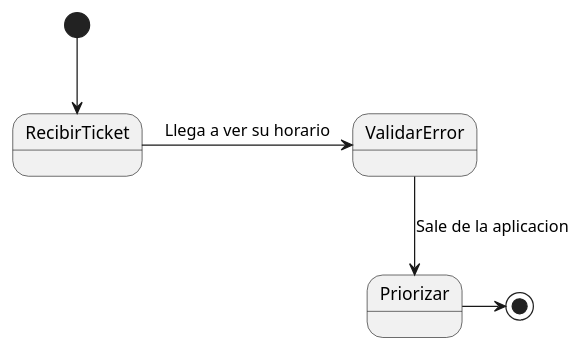
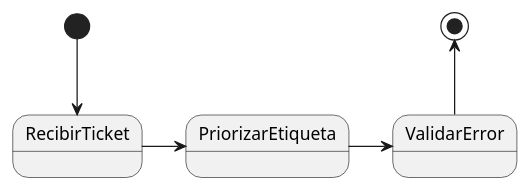
The diagram in modelosUML/CasosDeUsos/CasosDetallados/AsignarTicket.puml (mmasias/23-24-IdSw1-SDR), drawn with PlantUML before and after one commit. The commit also changed 2 other files, not shown here.

```diff
--- a/modelosUML/CasosDeUsos/CasosDetallados/AsignarTicket.puml
+++ b/modelosUML/CasosDeUsos/CasosDetallados/AsignarTicket.puml
@@ -1,14 +1,13 @@
 @startuml CDU-AsignarTicket
 state RecibirTicket
 state ValidarError
-state Priorizar
+state PriorizarEtiqueta
+    [*] -->  RecibirTicket
 
-[*] -->  RecibirTicket 
+    RecibirTicket -r-> PriorizarEtiqueta
 
-RecibirTicket -r-> ValidarError : Llega a ver su horario
+    PriorizarEtiqueta -r-> ValidarError
 
-ValidarError -d-> Priorizar : Sale de la aplicacion
-
-Priorizar -r-> [*]
+    ValidarError -u-> [*]
 
 @enduml
```
